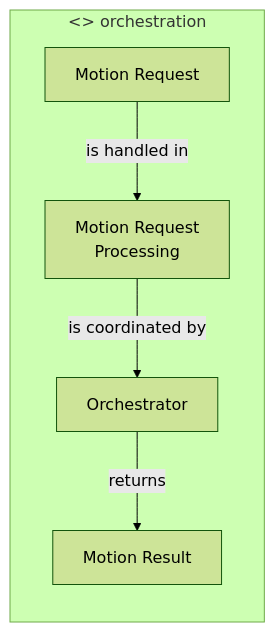
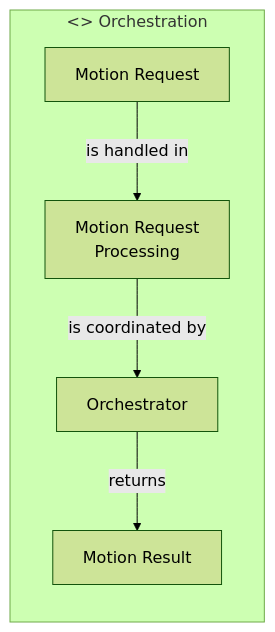
The third of 7 diagrams in doc/projektbeschreibung.md (butz1999/inverse_kinematik), drawn with Mermaid (forest theme) before and after one commit. The commit also changed other lines of this file, not shown here.

````diff
--- a/doc/projektbeschreibung.md
+++ b/doc/projektbeschreibung.md
@@ -457,13 +459,13 @@
 ```mermaid
 flowchart LR
-    subgraph CTRL["<<component>> orchestration"]
+    subgraph CTRL["<<component>> Orchestration"]
         B1[Orchestrator]
         B2[Motion Request]
         B3[Motion Result]
         B4[Motion Request\nProcessing]
 
         B2 -->|is handled in| B4
         B4 -->|is coordinated by| B1
         B1 -->|returns| B3
     end
 ```
````
